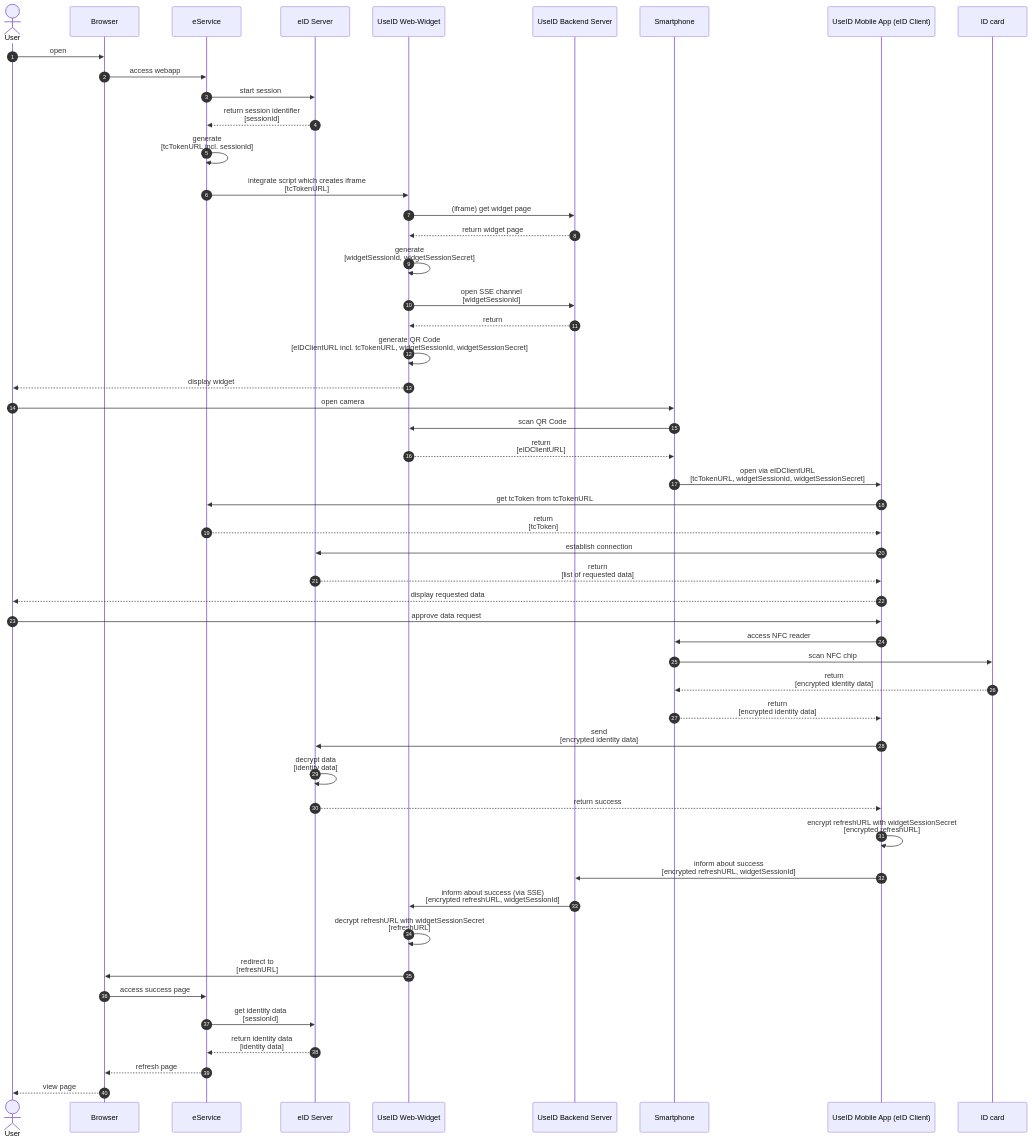
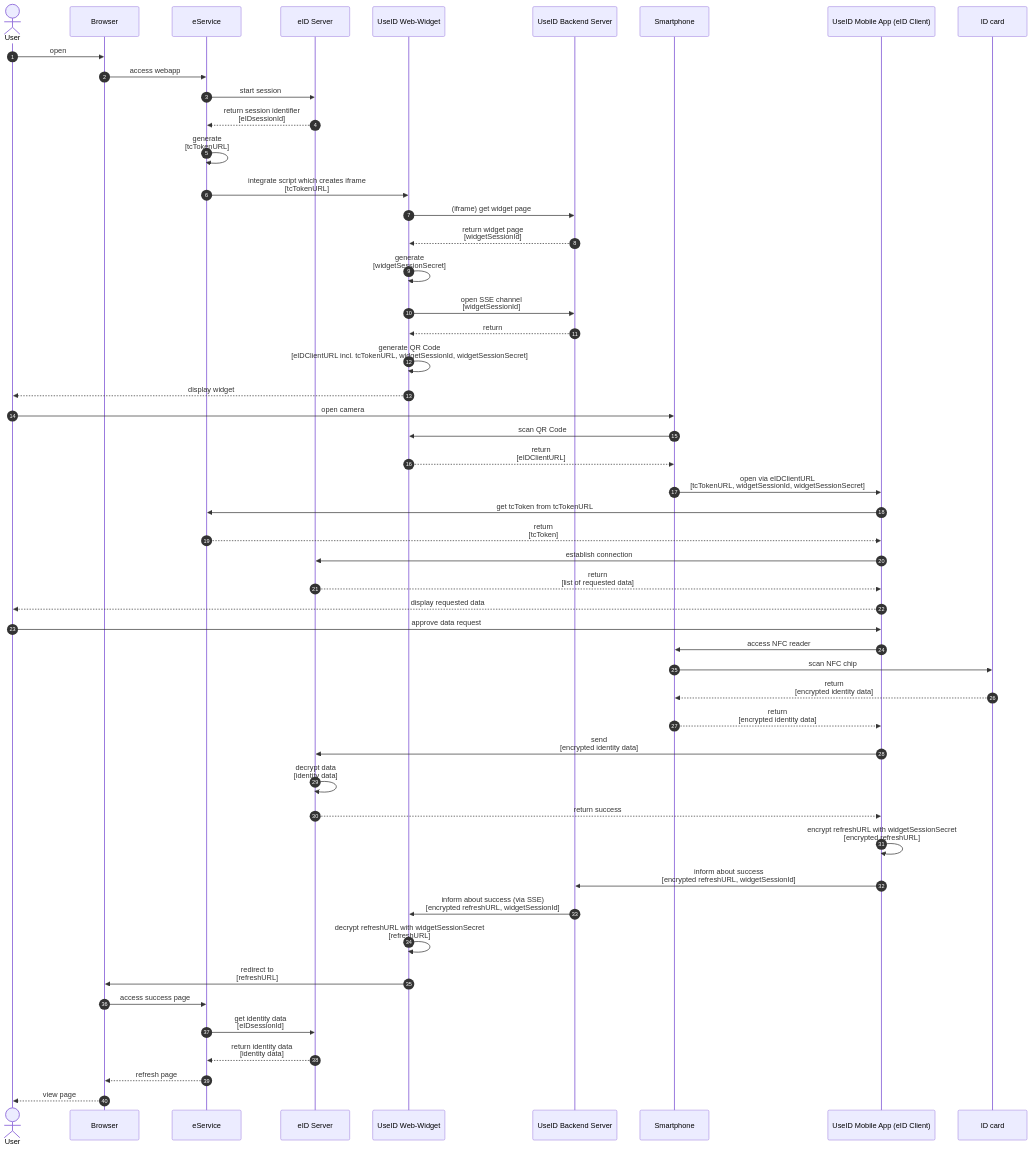
One commit to digitalservice4germany/useid-architecture changed the diagram in doc/eID/eid-flow-magnus.md. Above: the diagram before and after it, drawn with Mermaid. The commit also changed 1 other file, not shown here.

Commit message:
Fix session ids in sequence diagrams

````diff
--- a/doc/eID/eid-flow-magnus.md
+++ b/doc/eID/eid-flow-magnus.md
@@ -6,55 +6,55 @@
 ```mermaid
 sequenceDiagram
     autonumber
     
     actor user as User
     participant browser as Browser
     participant eService as eService
     participant server as eID Server
     participant widget as UseID Web-Widget
     participant backend as UseID Backend Server
     participant smartphone as Smartphone
     participant app as UseID Mobile App (eID Client)
     participant id as ID card
     
     user ->> browser: open
     browser ->> eService: access webapp
     eService ->> server: start session
-    server -->> eService: return session identifier <br>[sessionId]
-    eService ->> eService: generate <br>[tcTokenURL incl. sessionId]
+    server -->> eService: return session identifier <br>[eIDsessionId]
+    eService ->> eService: generate <br>[tcTokenURL]
     eService ->> widget: integrate script which creates iframe <br>[tcTokenURL]
     widget ->> backend: (iframe) get widget page
-    backend -->> widget: return widget page
-    widget ->> widget: generate <br>[widgetSessionId, widgetSessionSecret]
+    backend -->> widget: return widget page <br>[widgetSessionId]
+    widget ->> widget: generate <br>[widgetSessionSecret]
     widget ->> backend: open SSE channel <br>[widgetSessionId]
     backend -->> widget: return
     widget ->> widget: generate QR Code <br>[eIDClientURL incl. tcTokenURL, widgetSessionId, widgetSessionSecret]
     widget -->> user: display widget
     user ->> smartphone: open camera
     smartphone ->> widget: scan QR Code
     widget -->> smartphone: return <br>[eIDClientURL]
     smartphone ->> app: open via eIDClientURL <br>[tcTokenURL, widgetSessionId, widgetSessionSecret]
     app ->> eService: get tcToken from tcTokenURL
     eService -->> app: return <br>[tcToken]
     app ->> server: establish connection
     server -->> app: return <br>[list of requested data]
     app -->> user: display requested data
     user ->> app: approve data request
     app ->> smartphone: access NFC reader
     smartphone ->> id: scan NFC chip
     id -->> smartphone: return <br>[encrypted identity data]
     smartphone -->> app: return <br>[encrypted identity data]
     app ->> server: send <br>[encrypted identity data]
     server ->> server: decrypt data <br>[identity data] 
     server -->> app: return success
     app ->> app: encrypt refreshURL with widgetSessionSecret <br>[encrypted refreshURL]
     app ->> backend: inform about success <br>[encrypted refreshURL, widgetSessionId]
     backend ->> widget: inform about success (via SSE) <br>[encrypted refreshURL, widgetSessionId]
     widget ->> widget: decrypt refreshURL with widgetSessionSecret <br>[refreshURL]
     widget ->> browser: redirect to <br>[refreshURL]
     browser ->> eService: access success page
-    eService ->> server: get identity data <br>[sessionId]
+    eService ->> server: get identity data <br>[eIDsessionId]
     server -->> eService: return identity data <br>[identity data]
     eService -->> browser: refresh page
     browser -->> user: view page
 ```
````
